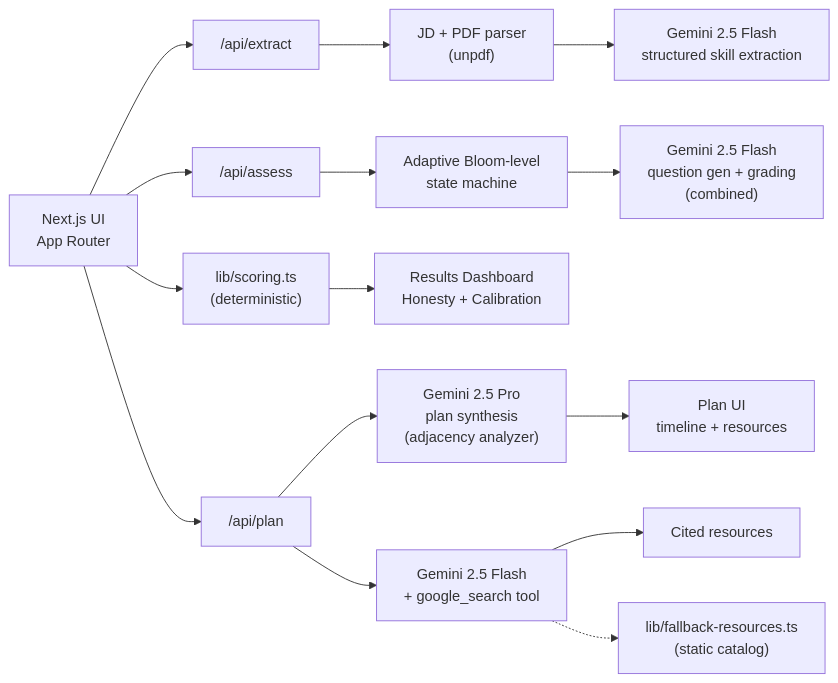
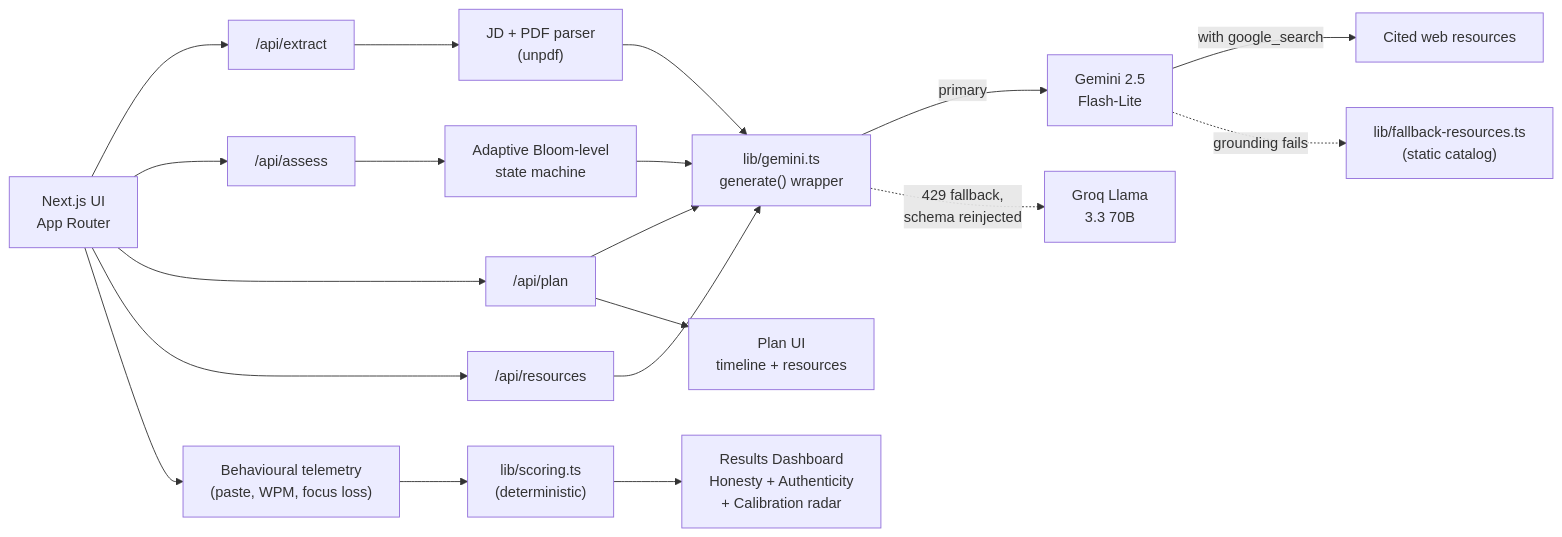
One commit to strhwke/skillforge changed the diagram in README.md. Above: the diagram before and after it, drawn with Mermaid. The commit also changed other lines of this file, not shown here.

First line of the commit message:
docs: README - dual-LLM fallback, Authenticity Score, /api/resources split, live URL

````diff
--- a/README.md
+++ b/README.md
@@ -46,21 +48,28 @@
 ```mermaid
 flowchart LR
     UI[Next.js UI<br/>App Router] --> ExtractAPI["/api/extract"]
     UI --> AssessAPI["/api/assess"]
     UI --> PlanAPI["/api/plan"]
+    UI --> ResAPI["/api/resources"]
 
     ExtractAPI --> Parser["JD + PDF parser<br/>(unpdf)"]
-    Parser --> Flash1["Gemini 2.5 Flash<br/>structured skill extraction"]
+    Parser --> GenWrap["lib/gemini.ts<br/>generate() wrapper"]
 
     AssessAPI --> Engine["Adaptive Bloom-level<br/>state machine"]
-    Engine --> Flash2["Gemini 2.5 Flash<br/>question gen + grading<br/>(combined)"]
+    Engine --> GenWrap
 
-    UI --> ScoringClient["lib/scoring.ts<br/>(deterministic)"]
-    ScoringClient --> Dashboard[Results Dashboard<br/>Honesty + Calibration]
+    PlanAPI --> GenWrap
+    ResAPI --> GenWrap
 
-    PlanAPI --> ProSyn["Gemini 2.5 Pro<br/>plan synthesis<br/>(adjacency analyzer)"]
-    PlanAPI --> Resources["Gemini 2.5 Flash<br/>+ google_search tool"]
-    Resources --> CitedRes[Cited resources]
-    Resources -.-> Fallback["lib/fallback-resources.ts<br/>(static catalog)"]
-    ProSyn --> PlanUI[Plan UI<br/>timeline + resources]
+    GenWrap -->|primary| Gemini["Gemini 2.5<br/>Flash-Lite"]
+    GenWrap -.->|429 fallback,<br/>schema reinjected| Groq["Groq Llama<br/>3.3 70B"]
+
+    Gemini -->|with google_search| Cited[Cited web resources]
+    Gemini -.->|grounding fails| FallCat["lib/fallback-resources.ts<br/>(static catalog)"]
+
+    UI --> Telemetry["Behavioural telemetry<br/>(paste, WPM, focus loss)"]
+    Telemetry --> ScoringClient["lib/scoring.ts<br/>(deterministic)"]
+    ScoringClient --> Dashboard["Results Dashboard<br/>Honesty + Authenticity<br/>+ Calibration radar"]
+
+    PlanAPI --> PlanUI[Plan UI<br/>timeline + resources]
 ```
````
